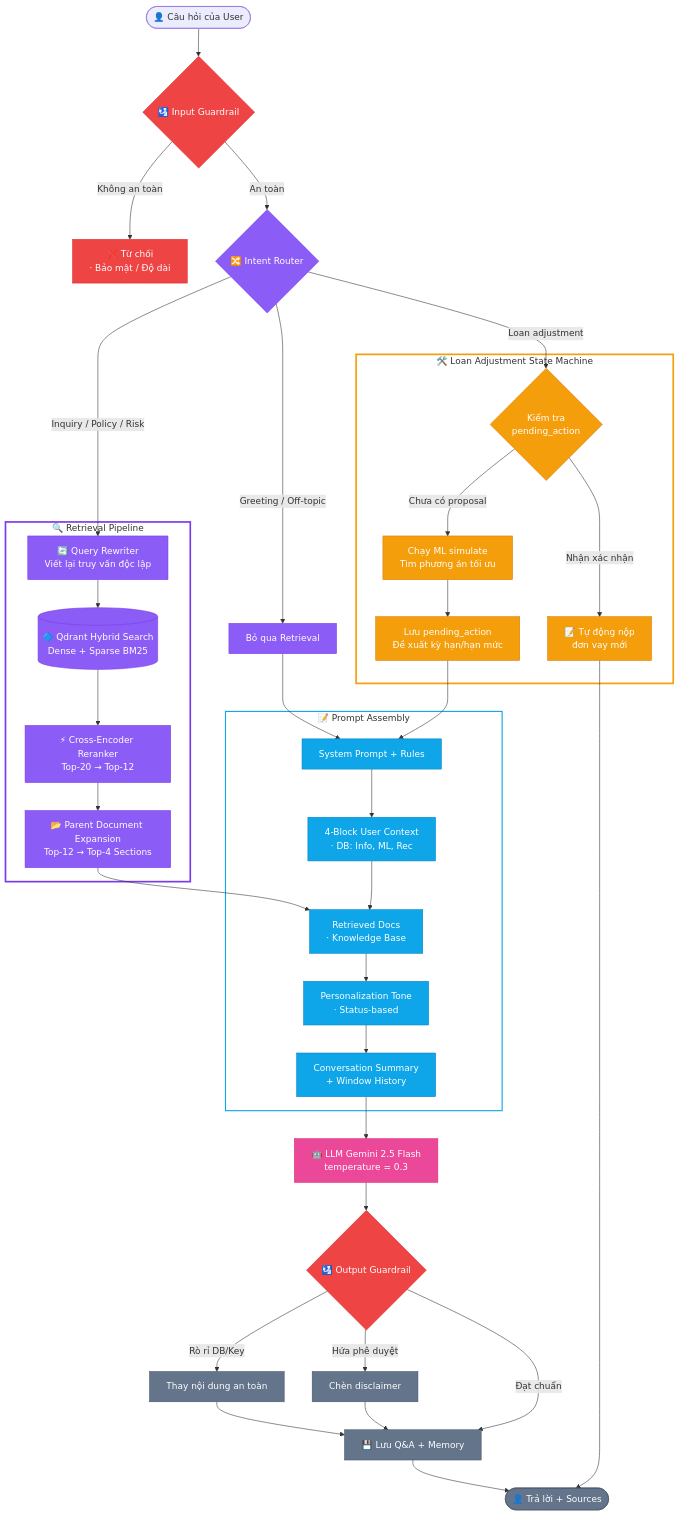
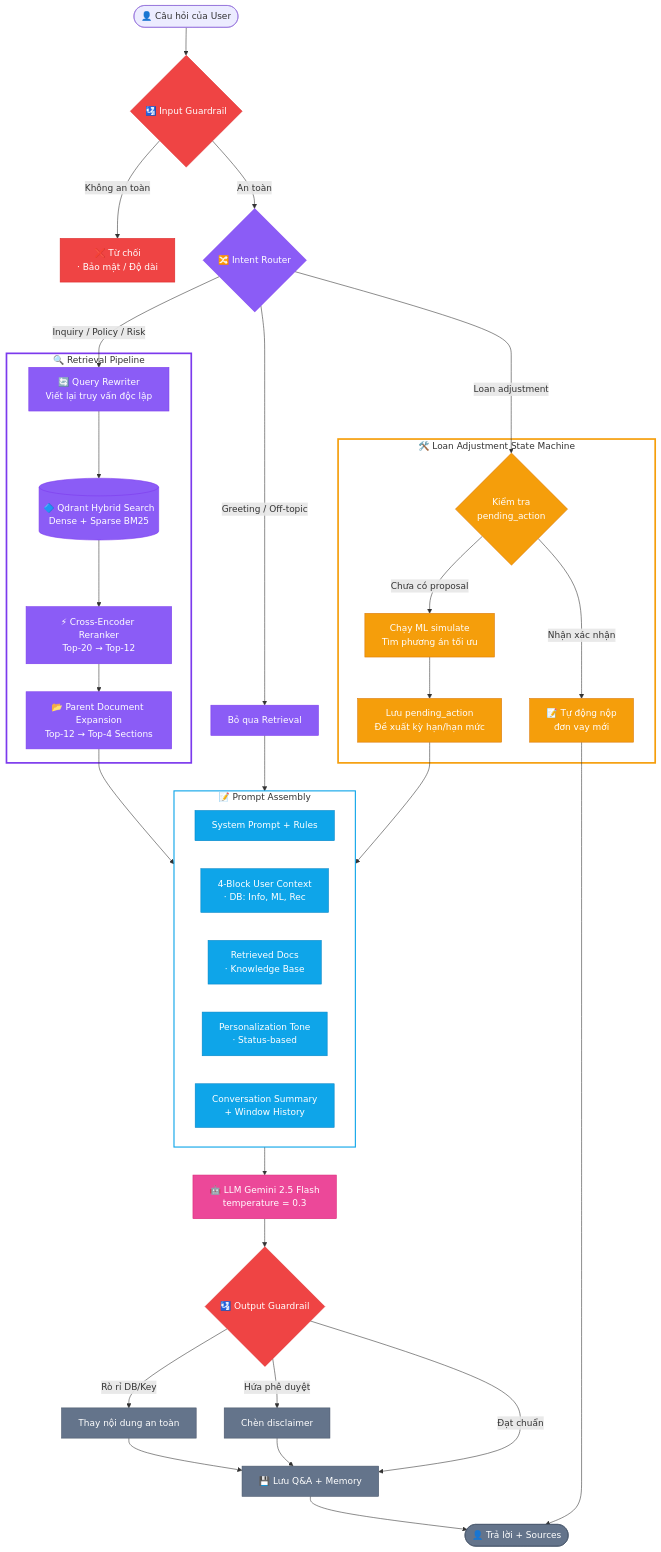
Before and after one commit to VTD0102/Loan_ETL: the second of 3 diagrams in README.md, drawn with Mermaid. The commit also changed other lines of this file and 3 other files, not shown here.

```diff
--- a/README.md
+++ b/README.md
@@ -188,15 +168,13 @@
         RetContext["Retrieved Docs\n· Knowledge Base"]
         ToneCtx["Personalization Tone\n· Status-based"]
         ConvMem["Conversation Summary\n+ Window History"]
-
-        SysPrompt --> UserCtx --> RetContext --> ToneCtx --> ConvMem
     end
 
-    ParentExpand --> RetContext
-    SkipRetrieval --> SysPrompt
-    SetPending --> SysPrompt
+    ParentExpand --> PROMPT
+    SkipRetrieval --> PROMPT
+    SetPending --> PROMPT
 
-    ConvMem --> LLMGen["🤖 LLM Gemini 2.5 Flash\ntemperature = 0.3"]
+    PROMPT --> LLMGen["🤖 LLM Gemini 2.5 Flash\ntemperature = 0.3"]
     LLMGen --> OutputGuard{"🛂 Output Guardrail"}
 
     OutputGuard -->|Rò rỉ DB/Key| Sanitize["Thay nội dung an toàn"]
@@ -223,13 +201,6 @@
     class AdjCheck,RunAdj,SetPending,ProcessConfirm adj
     class Sanitize,Disclaimer,SaveMsg,UserResponse store
 
-    %% ===== Clickable links =====
-    click SysPrompt href "backend/rag/prompts.py" "System prompt template"
-    click UserCtx href "backend/rag/context_builder.py" "4-block user context builder"
-    click RetContext href "backend/rag/ingest.py" "Knowledge base ingest"
-    click ToneCtx href "backend/rag/personalizer.py" "Status-based personalizer"
-    click ConvMem href "backend/rag/memory.py" "Conversation memory"
-
     %% ===== Subgraph: viền rõ, nền trong suốt =====
     style RETRIEVAL fill:transparent,stroke:#7c3aed,stroke-width:3px
     style LOAN_ADJ fill:transparent,stroke:#f59e0b,stroke-width:3px
```
